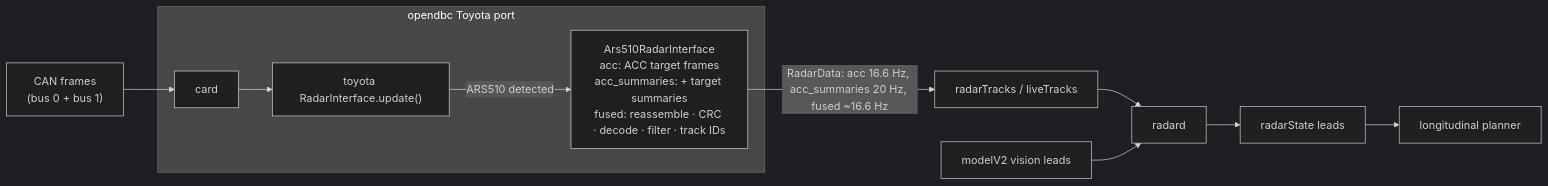
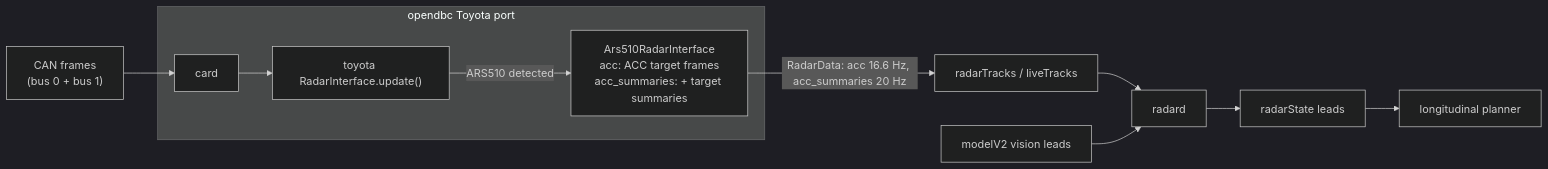
The diagram in docs/08_openpilot_integration.md (ds-sebastian/ars510-radar), drawn with Mermaid (dark theme) before and after one commit. The commit also changed other lines of this file and 38 other files, not shown here.

First line of the commit message:
feat(installer)!: install only acc and acc_summaries until the object-list speed excursions are solved (#231)

````diff
--- a/docs/08_openpilot_integration.md
+++ b/docs/08_openpilot_integration.md
@@ -8,11 +9,11 @@
 ```mermaid
 flowchart LR
     CAN["CAN frames<br/>(bus 0 + bus 1)"] --> card
     subgraph opendbc Toyota port
         card --> RI["toyota RadarInterface.update()"]
-        RI -- "ARS510 detected" --> A["Ars510RadarInterface<br/>acc: ACC target frames<br/>acc_summaries: + target summaries<br/>fused: reassemble · CRC · decode · filter · track IDs"]
+        RI -- "ARS510 detected" --> A["Ars510RadarInterface<br/>acc: ACC target frames<br/>acc_summaries: + target summaries"]
     end
-    A -- "RadarData: acc 16.6 Hz, acc_summaries 20 Hz, fused ~16.6 Hz" --> T["radarTracks / liveTracks"]
+    A -- "RadarData: acc 16.6 Hz, acc_summaries 20 Hz" --> T["radarTracks / liveTracks"]
     T --> radard --> RS["radarState leads"] --> P[longitudinal planner]
     V["modelV2 vision leads"] --> radard
 ```
````
